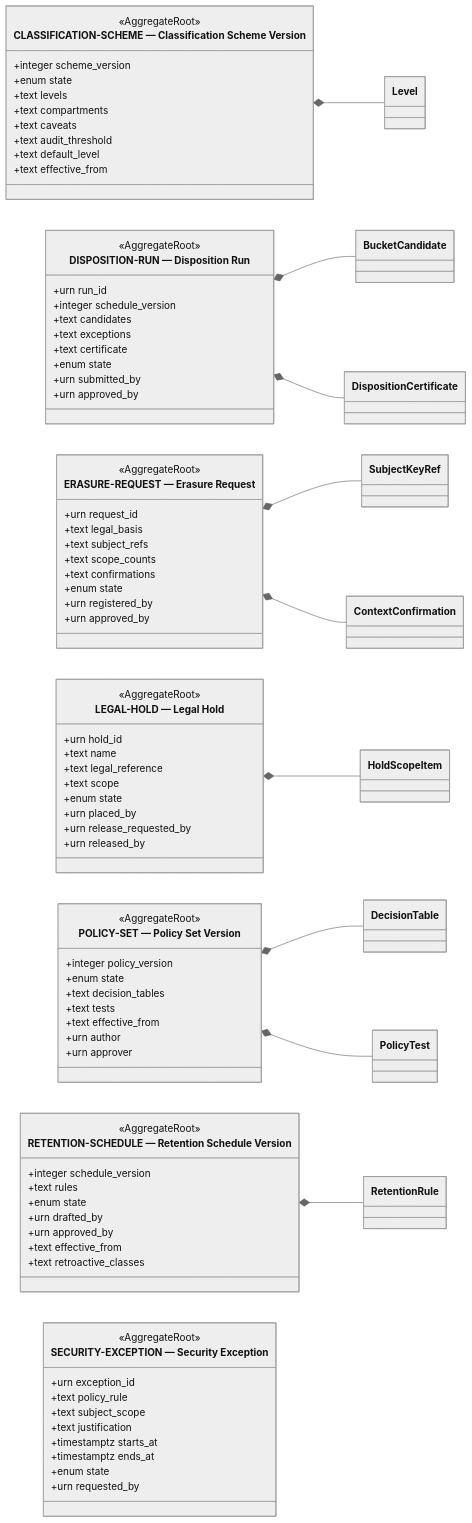
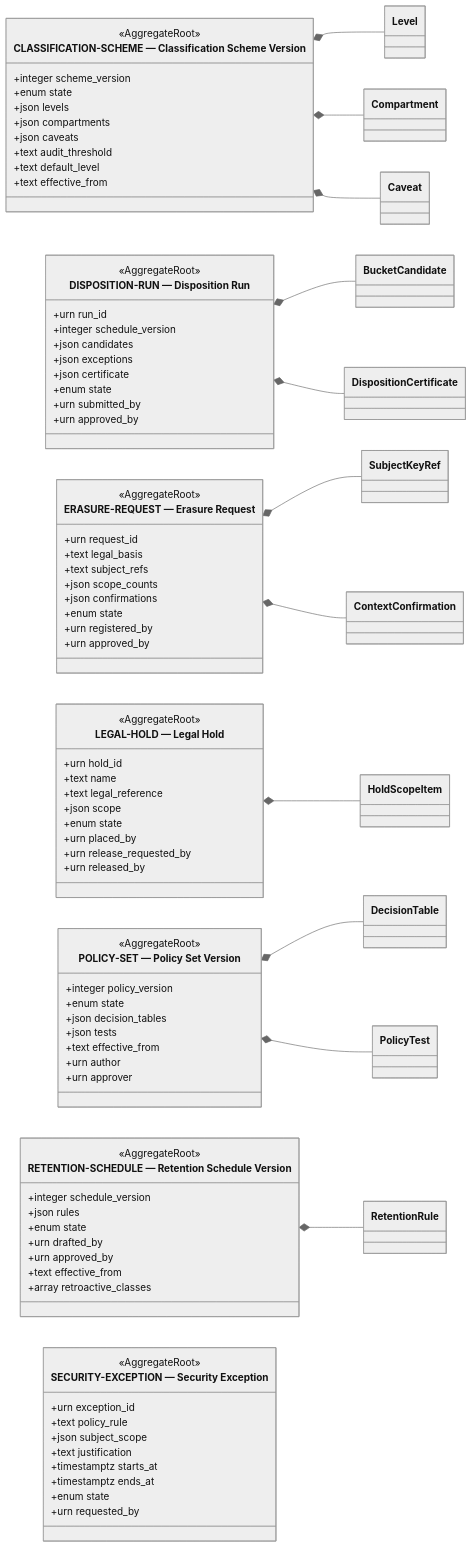
One commit to Ayoubkhattab/Planing changed the ninth of 9 diagrams in spec/18-analysis-design/07-domain-model.md. Above: the diagram before and after it, drawn with Mermaid (neutral theme). The commit also changed other lines of this file and 9 other files, not shown here.

```diff
--- a/spec/18-analysis-design/07-domain-model.md
+++ b/spec/18-analysis-design/07-domain-model.md
@@ -1378,22 +1427,26 @@
     <<AggregateRoot>>
     +integer scheme_version
     +enum state
-    +text levels
-    +text compartments
-    +text caveats
+    +json levels
+    +json compartments
+    +json caveats
     +text audit_threshold
     +text default_level
     +text effective_from
   }
   class AGG_CLASSIFICATION_SCHEME__Level["Level"]
   AGG_CLASSIFICATION_SCHEME *-- AGG_CLASSIFICATION_SCHEME__Level
+  class AGG_CLASSIFICATION_SCHEME__Compartment["Compartment"]
+  AGG_CLASSIFICATION_SCHEME *-- AGG_CLASSIFICATION_SCHEME__Compartment
+  class AGG_CLASSIFICATION_SCHEME__Caveat["Caveat"]
+  AGG_CLASSIFICATION_SCHEME *-- AGG_CLASSIFICATION_SCHEME__Caveat
   class AGG_DISPOSITION_RUN["DISPOSITION-RUN — Disposition Run"] {
     <<AggregateRoot>>
     +urn run_id
     +integer schedule_version
-    +text candidates
-    +text exceptions
-    +text certificate
+    +json candidates
+    +json exceptions
+    +json certificate
     +enum state
     +urn submitted_by
     +urn approved_by
@@ -1407,8 +1460,8 @@
     +urn request_id
     +text legal_basis
     +text subject_refs
-    +text scope_counts
-    +text confirmations
+    +json scope_counts
+    +json confirmations
     +enum state
     +urn registered_by
     +urn approved_by
@@ -1422,7 +1475,7 @@
     +urn hold_id
     +text name
     +text legal_reference
-    +text scope
+    +json scope
     +enum state
     +urn placed_by
     +urn release_requested_by
@@ -1434,8 +1487,8 @@
     <<AggregateRoot>>
     +integer policy_version
     +enum state
-    +text decision_tables
-    +text tests
+    +json decision_tables
+    +json tests
     +text effective_from
     +urn author
     +urn approver
@@ -1447,12 +1500,12 @@
   class AGG_RETENTION_SCHEDULE["RETENTION-SCHEDULE — Retention Schedule Version"] {
     <<AggregateRoot>>
     +integer schedule_version
-    +text rules
+    +json rules
     +enum state
     +urn drafted_by
     +urn approved_by
     +text effective_from
-    +text retroactive_classes
+    +array retroactive_classes
   }
   class AGG_RETENTION_SCHEDULE__RetentionRule["RetentionRule"]
   AGG_RETENTION_SCHEDULE *-- AGG_RETENTION_SCHEDULE__RetentionRule
@@ -1460,7 +1513,7 @@
     <<AggregateRoot>>
     +urn exception_id
     +text policy_rule
-    +text subject_scope
+    +json subject_scope
     +text justification
     +timestamptz starts_at
     +timestamptz ends_at
```
